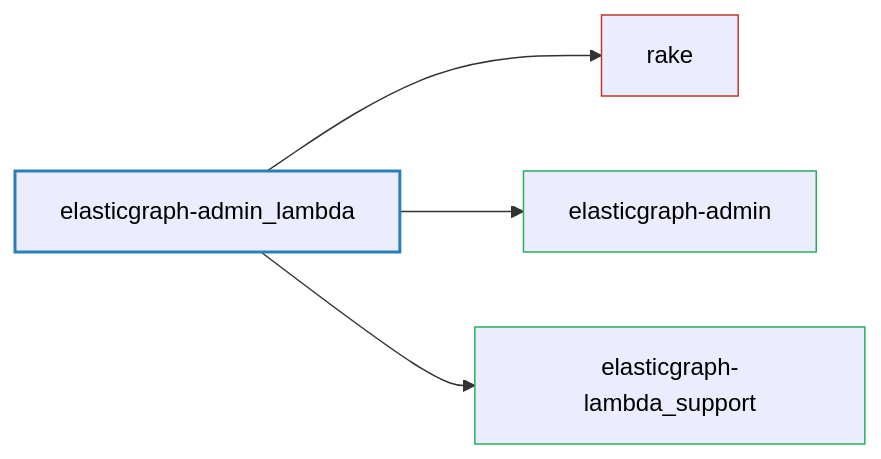
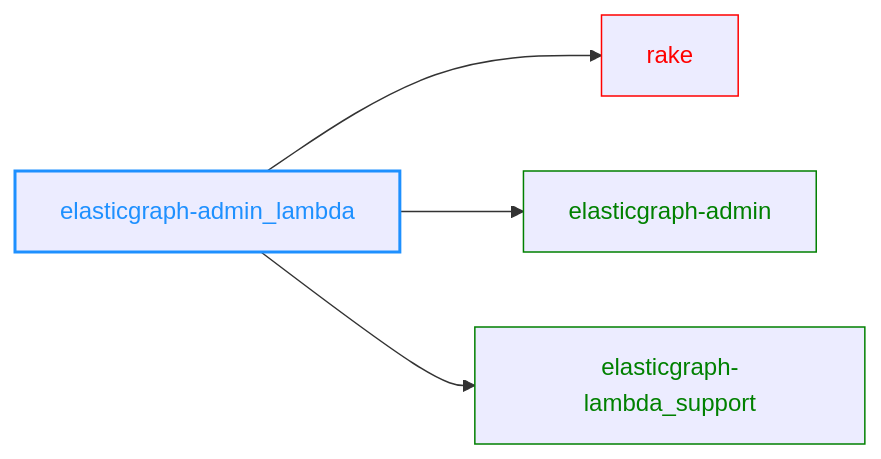
Before and after one commit to block/elasticgraph: the diagram in elasticgraph-admin_lambda/README.md, drawn with Mermaid. The commit also changed 23 other files, not shown here.

````diff
--- a/elasticgraph-admin_lambda/README.md
+++ b/elasticgraph-admin_lambda/README.md
@@ -7,14 +7,15 @@
 ```mermaid
 graph LR;
     elasticgraph-admin_lambda["elasticgraph-admin_lambda"];
     rake["rake"];
     elasticgraph-admin_lambda --> rake;
     elasticgraph-admin["elasticgraph-admin"];
     elasticgraph-admin_lambda --> elasticgraph-admin;
     elasticgraph-lambda_support["elasticgraph-lambda_support"];
     elasticgraph-admin_lambda --> elasticgraph-lambda_support;
-    style elasticgraph-admin_lambda fill:#lightblue,stroke:#2980b9,stroke-width:2px,color:#000;
-    style rake fill:#lightcoral,stroke:#c0392b,stroke-width:1px,color:#000;
-    style elasticgraph-admin fill:#lightgreen,stroke:#27ae60,stroke-width:1px,color:#000;
-    style elasticgraph-lambda_support fill:#lightgreen,stroke:#27ae60,stroke-width:1px,color:#000;
+    style elasticgraph-admin_lambda color:DodgerBlue,stroke-width:2px,stroke:DodgerBlue;
+    style rake color:Red,stroke:Red;
+    style elasticgraph-admin color:Green,stroke:Green;
+    style elasticgraph-lambda_support color:Green,stroke:Green;
+    click rake href "https://rubygems.org/gems/rake" "Open on RubyGems.org" _blank;
 ```
````
